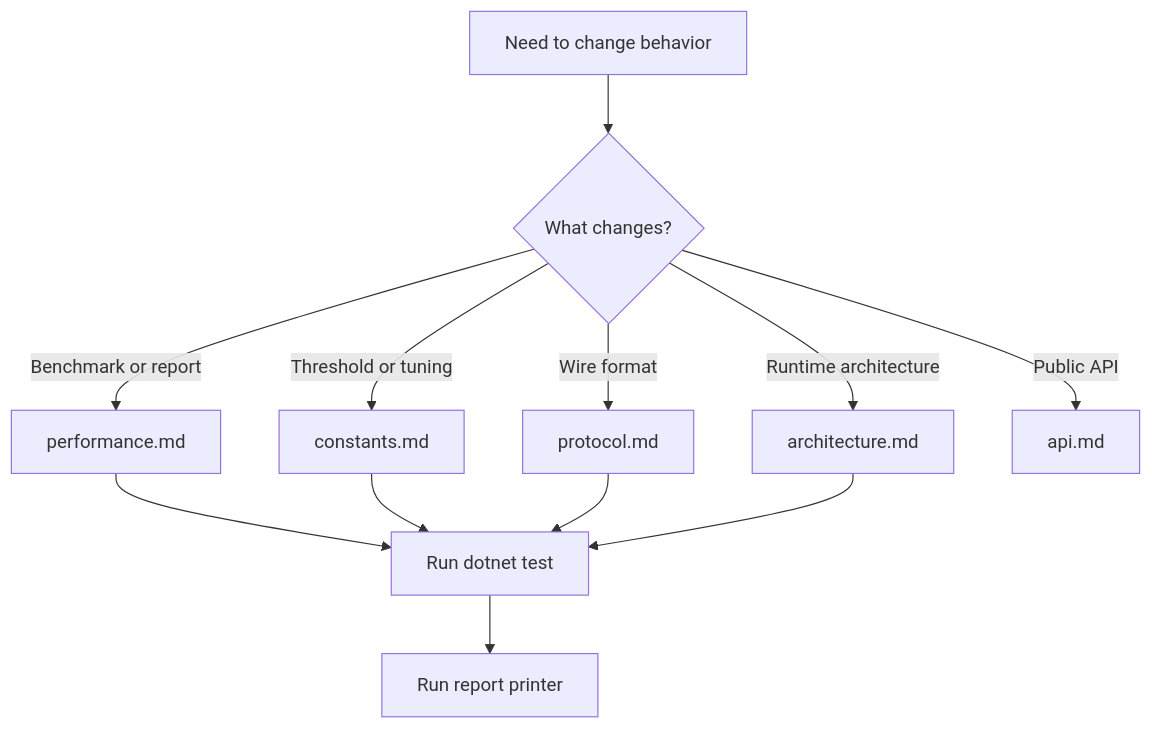
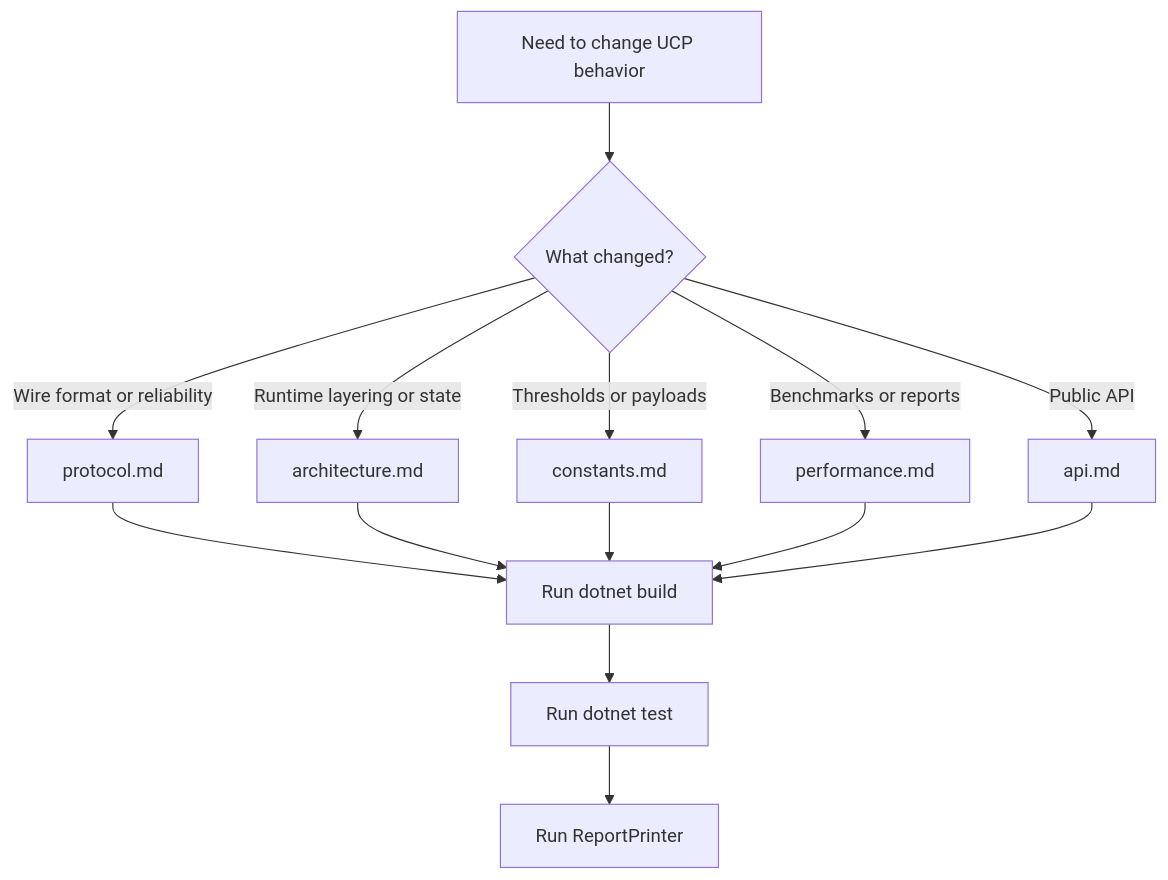
One commit to liulilittle/ucp changed the diagram in docs/index.md. Above: the diagram before and after it, drawn with Mermaid. The commit also changed other lines of this file and 19 other files, not shown here.

Commit message:
Update the congestion control protocol documentation and continuously tune throughput performance across multiple scenarios.

````diff
--- a/docs/index.md
+++ b/docs/index.md
@@ -18,14 +29,16 @@
 ```mermaid
 flowchart TD
-    A[Need to change behavior] --> B{What changes?}
-    B -->|Wire format| C[protocol.md]
-    B -->|Runtime architecture| D[architecture.md]
-    B -->|Threshold or tuning| E[constants.md]
-    B -->|Benchmark or report| F[performance.md]
+    A[Need to change UCP behavior] --> B{What changed?}
+    B -->|Wire format or reliability| C[protocol.md]
+    B -->|Runtime layering or state| D[architecture.md]
+    B -->|Thresholds or payloads| E[constants.md]
+    B -->|Benchmarks or reports| F[performance.md]
     B -->|Public API| G[api.md]
-    F --> H[Run dotnet test]
+    C --> H[Run dotnet build]
+    D --> H
     E --> H
-    C --> H
-    D --> H
-    H --> I[Run report printer]
+    F --> H
+    G --> H
+    H --> I[Run dotnet test]
+    I --> J[Run ReportPrinter]
 ```
````
